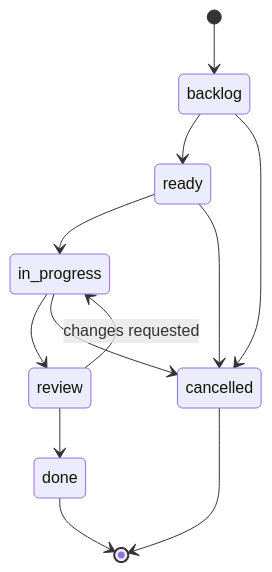
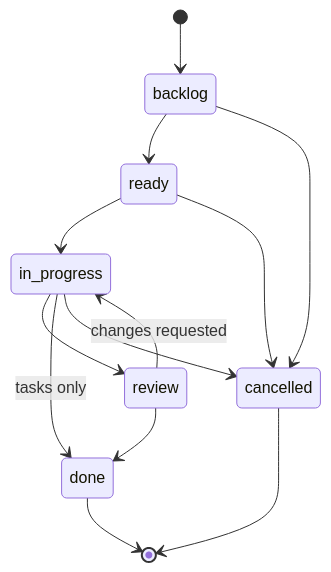
Before and after one commit to bytepunx/system-flow: the second of 2 diagrams in design/system/work-hierarchy.md, drawn with Mermaid. The commit also changed other lines of this file and 37 other files, not shown here.

````diff
--- a/design/system/work-hierarchy.md
+++ b/design/system/work-hierarchy.md
@@ -48,14 +48,15 @@
 ```mermaid
 stateDiagram-v2
     [*] --> backlog
     backlog --> ready
     ready --> in_progress
     in_progress --> review
+    in_progress --> done: tasks only
     review --> in_progress: changes requested
     review --> done
     backlog --> cancelled
     ready --> cancelled
     in_progress --> cancelled
     done --> [*]
     cancelled --> [*]
 ```
````
